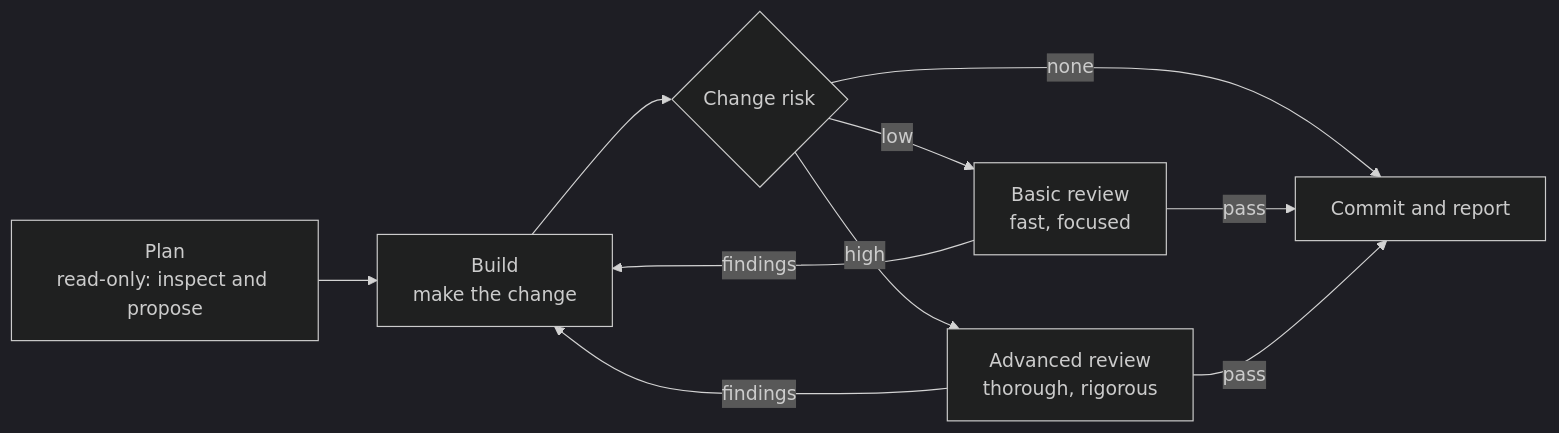
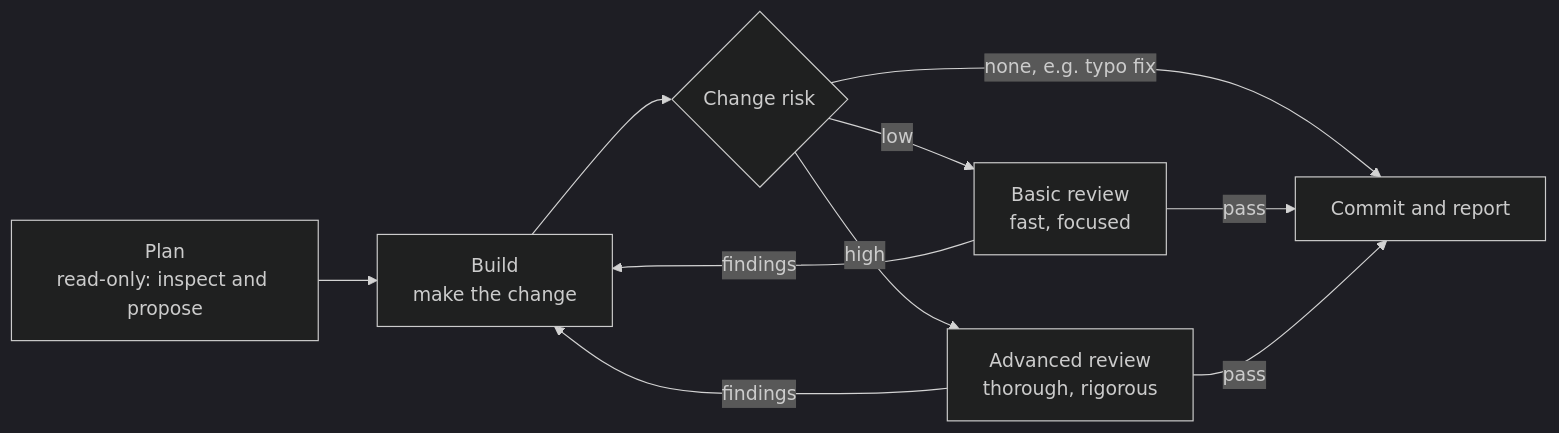
One commit to FedericoGianni/docs changed the diagram in docs/11-ai.md. Above: the diagram before and after it, drawn with Mermaid (dark theme). The commit also changed other lines of this file, not shown here.

Commit message:
docs: show review skip path in OpenCode workflow diagram

````diff
--- a/docs/11-ai.md
+++ b/docs/11-ai.md
@@ -28,12 +28,12 @@
 ```mermaid
 flowchart LR
     PLAN["Plan<br/>read-only: inspect and propose"] --> BUILD["Build<br/>make the change"]
     BUILD --> RISK{"Change risk"}
-    RISK -->|"none"| DONE["Commit and report"]
+    RISK -->|"none, e.g. typo fix"| DONE["Commit and report"]
     RISK -->|"low"| BASIC["Basic review<br/>fast, focused"]
     RISK -->|"high"| ADV["Advanced review<br/>thorough, rigorous"]
     BASIC -->|"findings"| BUILD
     ADV -->|"findings"| BUILD
     BASIC -->|"pass"| DONE
     ADV -->|"pass"| DONE
 ```
````
